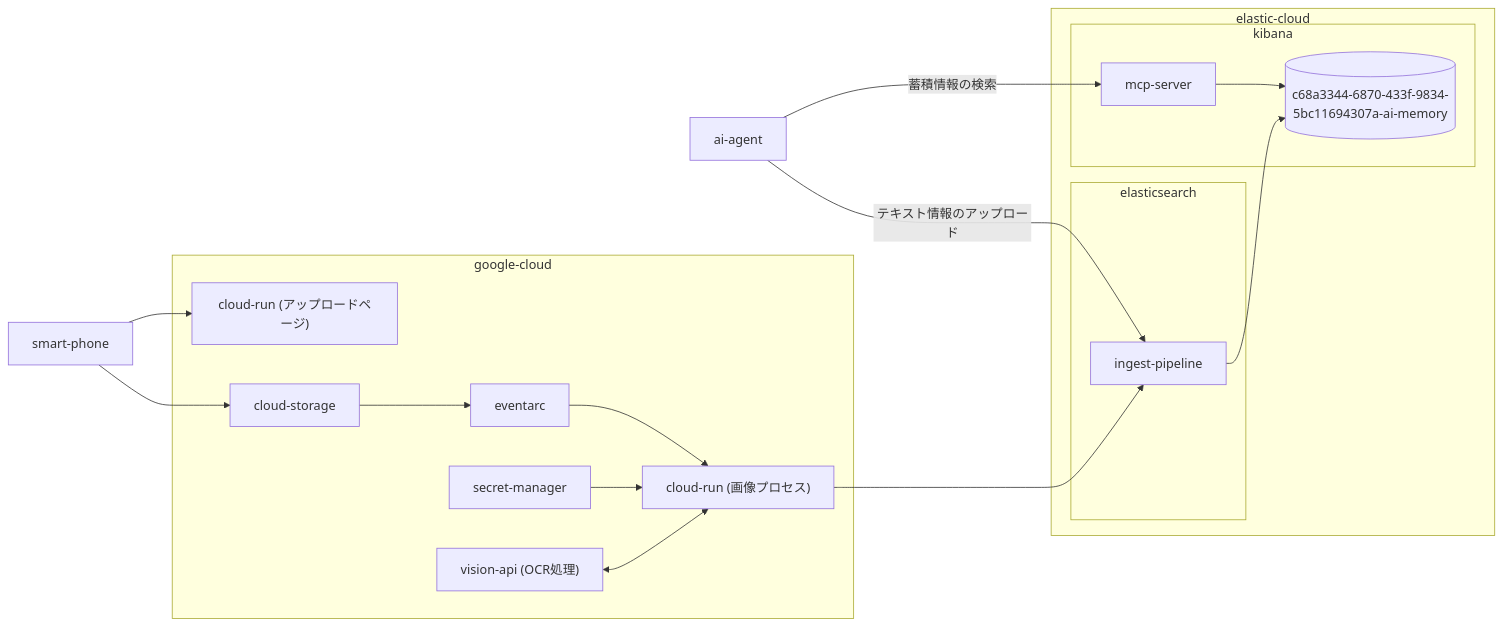
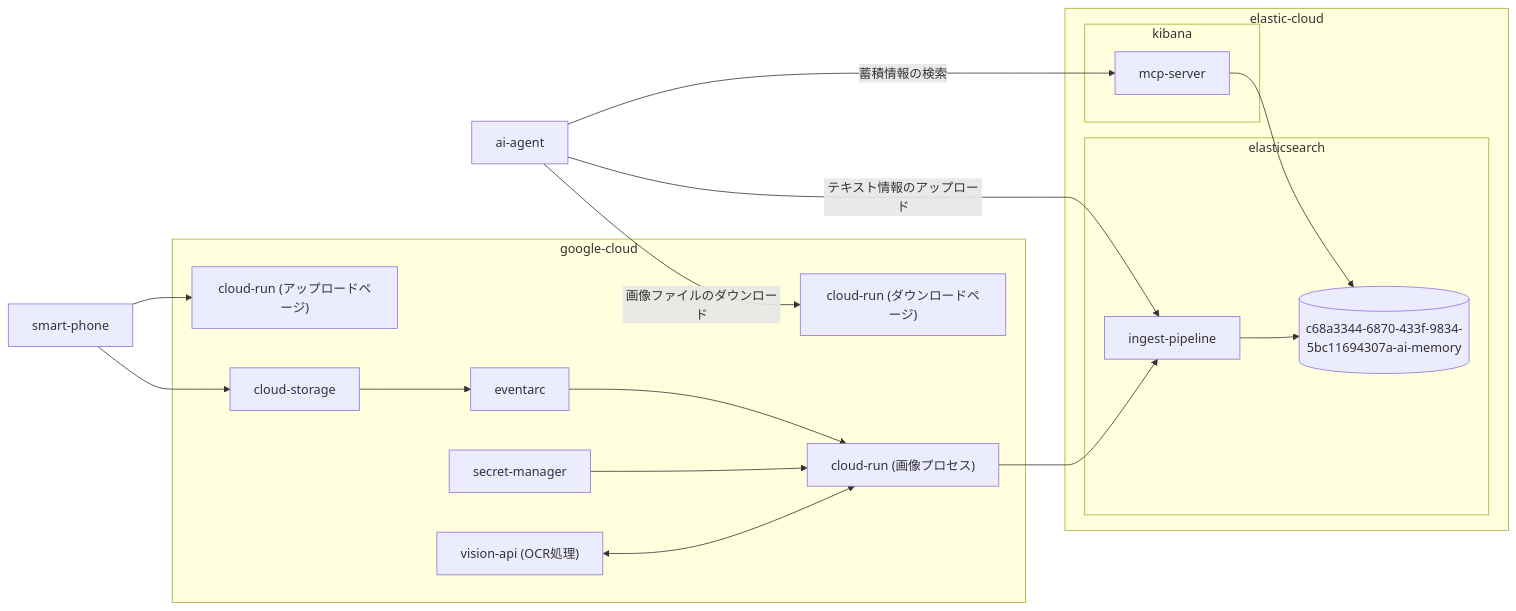
One commit to sakurai-youhei/hackathon-ai-memory changed the diagram in README.md. Above: the diagram before and after it, drawn with Mermaid.

````diff
--- a/README.md
+++ b/README.md
@@ -48,29 +48,34 @@
 ```mermaid
 flowchart LR
     subgraph google-cloud
-        cloud-run-html["cloud-run (アップロードページ)"]
+        cloud-run-upload["cloud-run (アップロードページ)"]
+        cloud-run-download["cloud-run (ダウンロードページ)"]
         eventarc
         cloud-run-process["cloud-run (画像プロセス)"]
         secret-manager
         vision-api["vision-api (OCR処理)"]
         cloud-storage
     end
     subgraph elastic-cloud
         subgraph kibana
-            mcp-server --> index
+            mcp-server
         end
         subgraph elasticsearch
-            ingest-pipeline --> index
+            ingest-pipeline
             index[(c68a3344-6870-433f-9834-5bc11694307a-ai-memory)]
         end
     end
 
+    mcp-server --> index
+    ingest-pipeline --> index
+
     ai-agent -- 蓄積情報の検索 --> mcp-server
     ai-agent -- テキスト情報のアップロード --> ingest-pipeline
+    ai-agent -- 画像ファイルのダウンロード --> cloud-run-download
 
-    smart-phone --> cloud-run-html
+    smart-phone --> cloud-run-upload
     smart-phone --> cloud-storage --> eventarc　--> cloud-run-process
     secret-manager --> cloud-run-process --> ingest-pipeline
     vision-api <--> cloud-run-process
 
 ```
````
